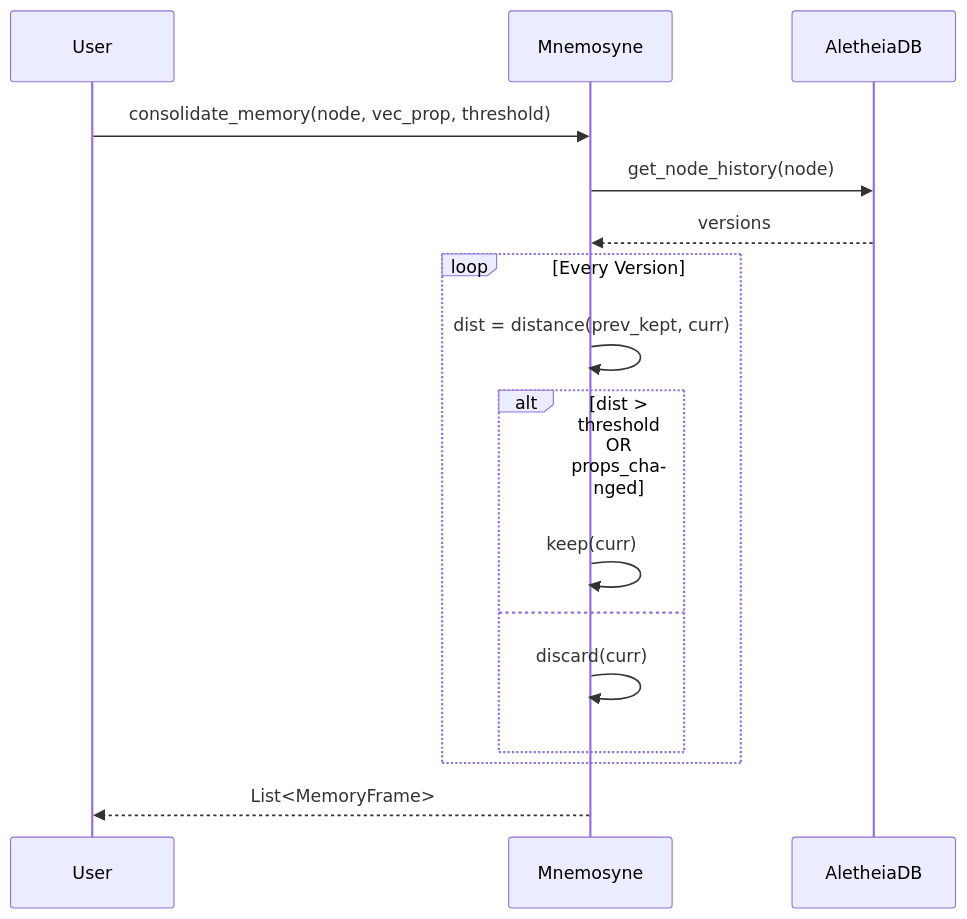
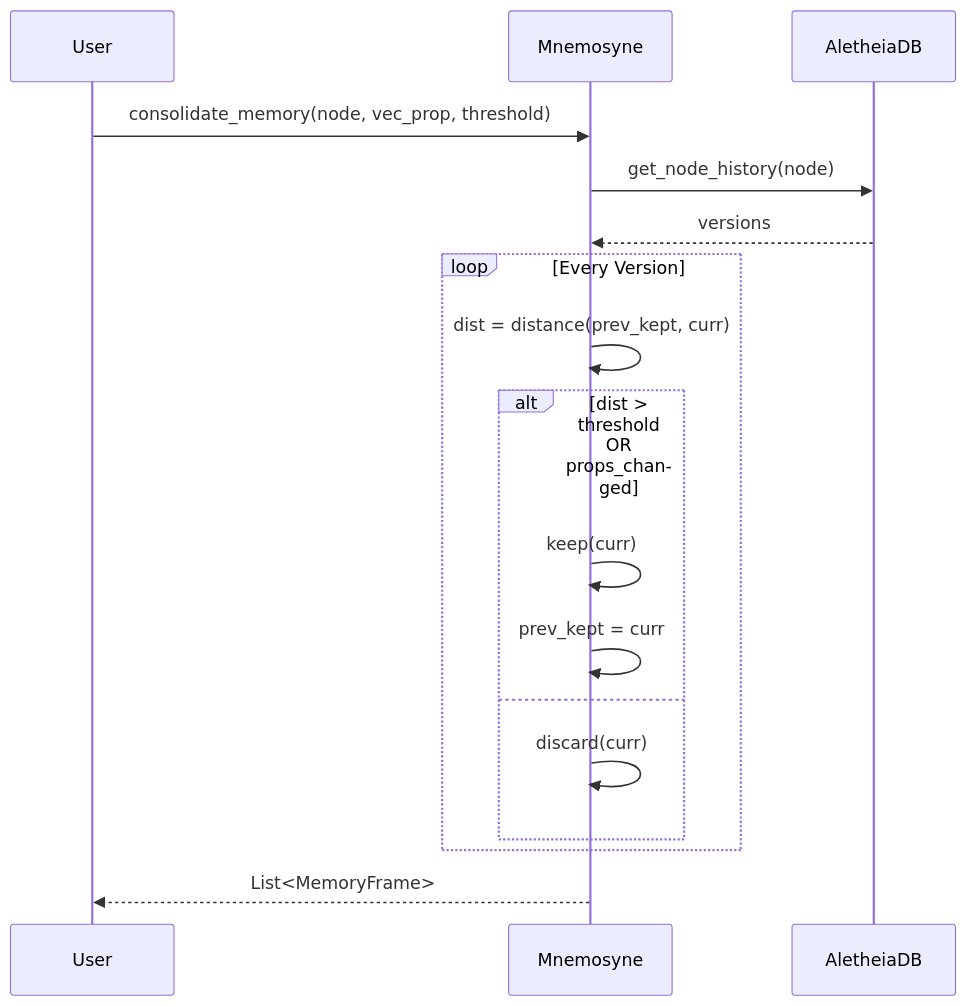
Diagram 43 of 44 in docs/ARCHITECTURE.md (autumn-foundation/AletheiaDB), drawn with Mermaid before and after one commit.

````diff
--- a/docs/ARCHITECTURE.md
+++ b/docs/ARCHITECTURE.md
@@ -897,19 +897,20 @@
 ```mermaid
 sequenceDiagram
     participant User
     participant Mnemosyne
     participant DB as AletheiaDB
 
     User->>Mnemosyne: consolidate_memory(node, vec_prop, threshold)
     Mnemosyne->>DB: get_node_history(node)
     DB-->>Mnemosyne: versions
     loop Every Version
         Mnemosyne->>Mnemosyne: dist = distance(prev_kept, curr)
         alt dist > threshold OR props_changed
             Mnemosyne->>Mnemosyne: keep(curr)
+            Mnemosyne->>Mnemosyne: prev_kept = curr
         else
             Mnemosyne->>Mnemosyne: discard(curr)
         end
     end
     Mnemosyne-->>User: List<MemoryFrame>
 ```
````
